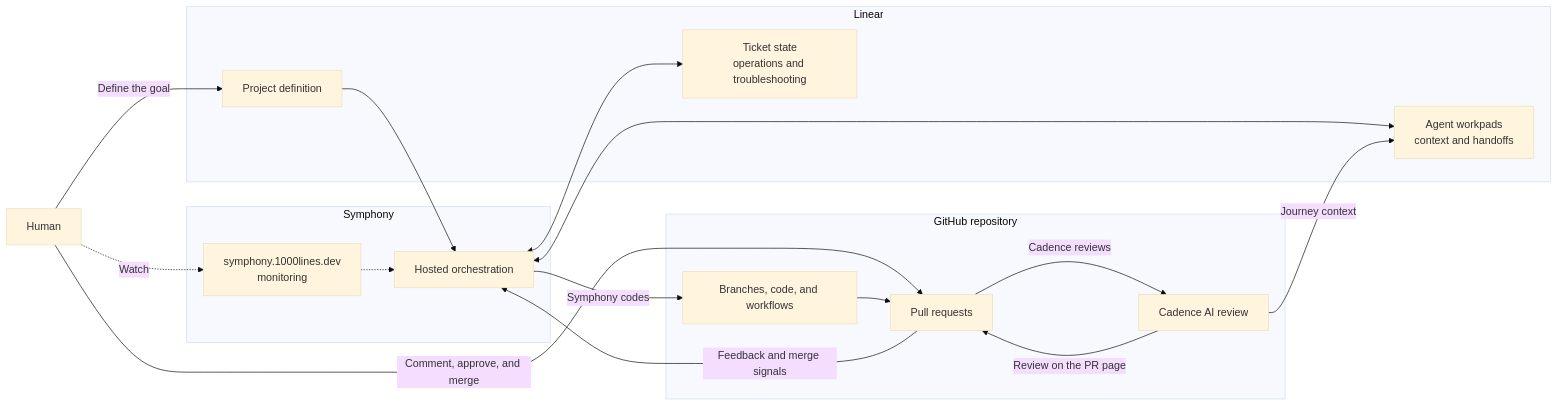
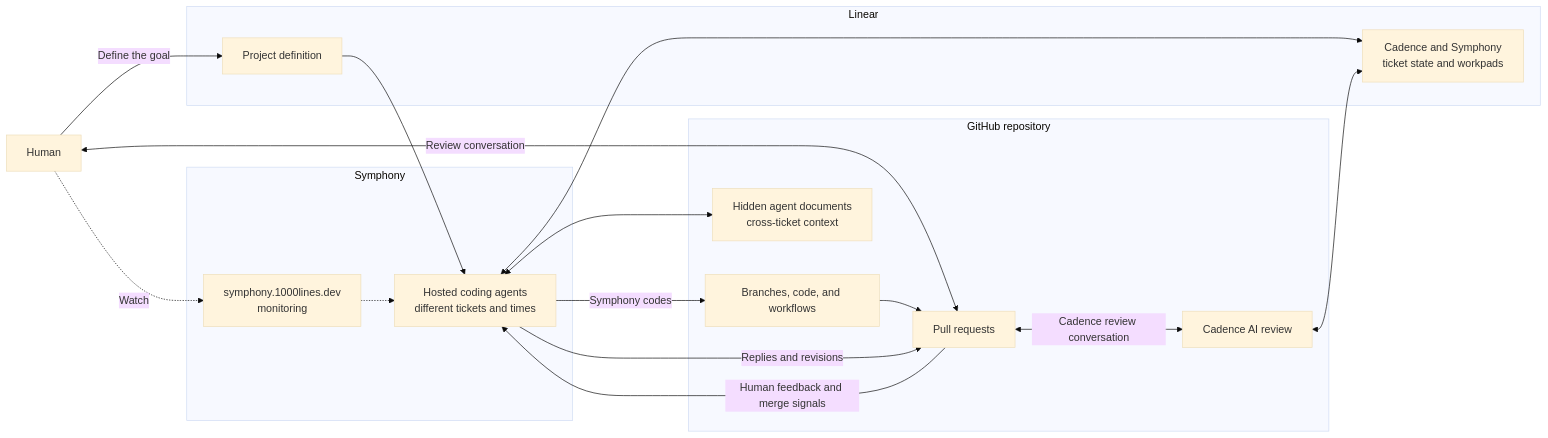
One commit to 1000lines/symphony-client-template changed the diagram in hackathon/README.md. Above: the diagram before and after it, drawn with Mermaid (base theme). The commit also changed other lines of this file, not shown here.

Commit message:
Show agent communication across the workflow

````diff
--- a/hackathon/README.md
+++ b/hackathon/README.md
@@ -38,36 +48,36 @@
 ```mermaid
 flowchart LR
   HUMAN[Human]
 
   subgraph LINEAR[Linear]
     PROJECT[Project definition]
-    TICKETS[Ticket state<br/>operations and troubleshooting]
-    WORKPADS[Agent workpads<br/>context and handoffs]
+    AGENTLINEAR[Cadence and Symphony<br/>ticket state and workpads]
   end
 
   subgraph SERVICE[Symphony]
-    ORCHESTRATOR[Hosted orchestration]
+    ORCHESTRATOR[Hosted coding agents<br/>different tickets and times]
     MONITOR[symphony.1000lines.dev<br/>monitoring]
   end
 
   subgraph GITHUB[GitHub repository]
     CODE[Branches, code, and workflows]
+    HIDDEN[Hidden agent documents<br/>cross-ticket context]
     PR[Pull requests]
     CADENCE[Cadence AI review]
   end
 
   HUMAN -->|Define the goal| PROJECT
-  HUMAN -->|Comment, approve, and merge| PR
+  HUMAN <-->|Review conversation| PR
   HUMAN -.->|Watch| MONITOR
 
   PROJECT --> ORCHESTRATOR
-  ORCHESTRATOR <--> TICKETS
-  ORCHESTRATOR <--> WORKPADS
+  ORCHESTRATOR <--> AGENTLINEAR
+  CADENCE <--> AGENTLINEAR
   MONITOR -.-> ORCHESTRATOR
+  ORCHESTRATOR <--> HIDDEN
   ORCHESTRATOR -->|Symphony codes| CODE
   CODE --> PR
-  PR -->|Cadence reviews| CADENCE
-  CADENCE -->|Journey context| WORKPADS
-  CADENCE -->|Review on the PR page| PR
-  PR -->|Feedback and merge signals| ORCHESTRATOR
+  ORCHESTRATOR -->|Replies and revisions| PR
+  PR -->|Human feedback and merge signals| ORCHESTRATOR
+  PR <-->|Cadence review conversation| CADENCE
 ```
````
